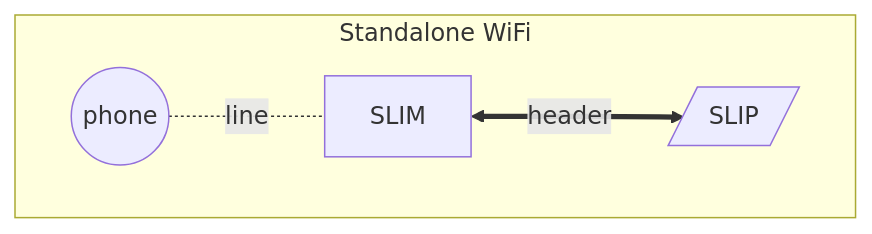
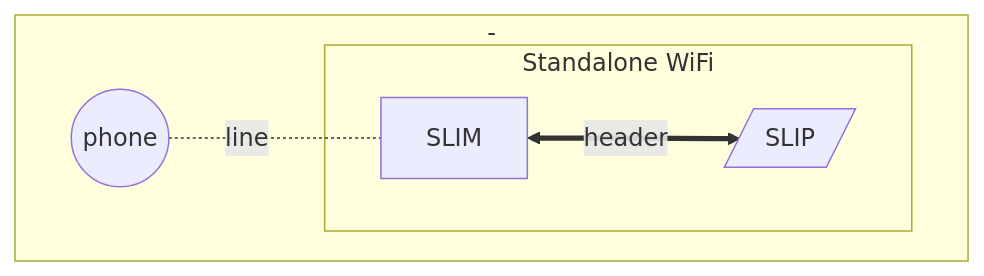
Before and after one commit to ktownsend-personal/RetroPhone: the first of 4 diagrams in docs/README - modular.md, drawn with Mermaid. The commit also changed other lines of this file, not shown here.

````diff
--- a/docs/README - modular.md
+++ b/docs/README - modular.md
@@ -13,8 +15,10 @@
 ```mermaid
 flowchart LR
-  subgraph Standalone WiFi
+  subgraph -
     direction LR
     Phone((phone)) -.-|line| SLIM
-    SLIM <==>|header| SLIP[/SLIP/]
+    subgraph Standalone WiFi
+      SLIM <==>|header| SLIP[/SLIP/]
+    end
   end
 ```
````
